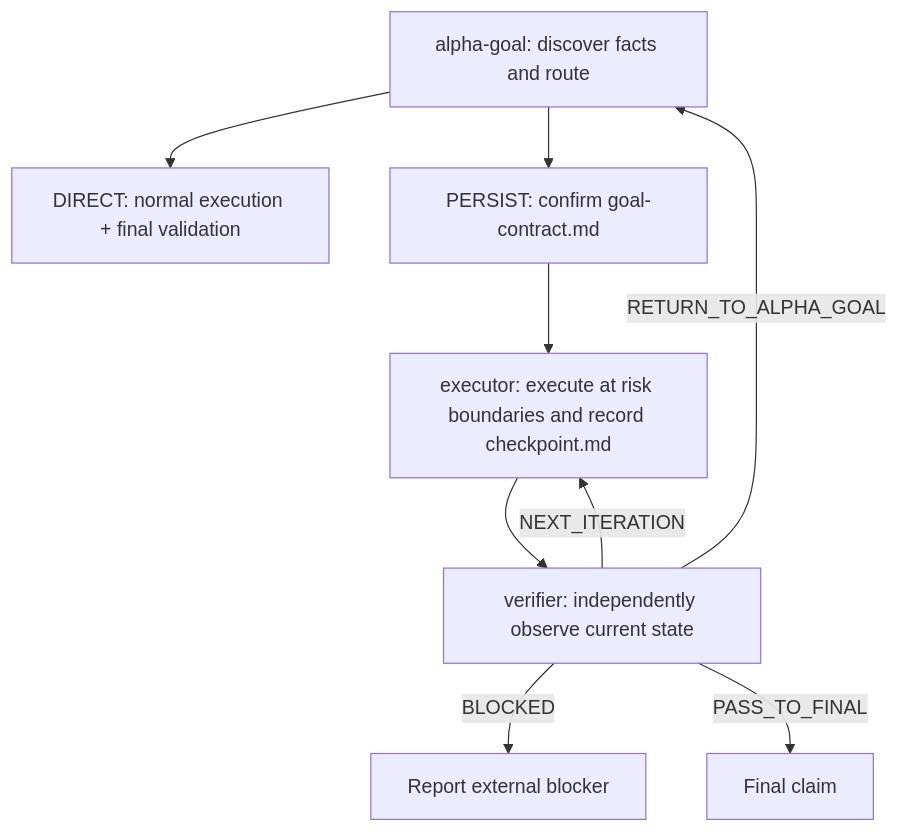
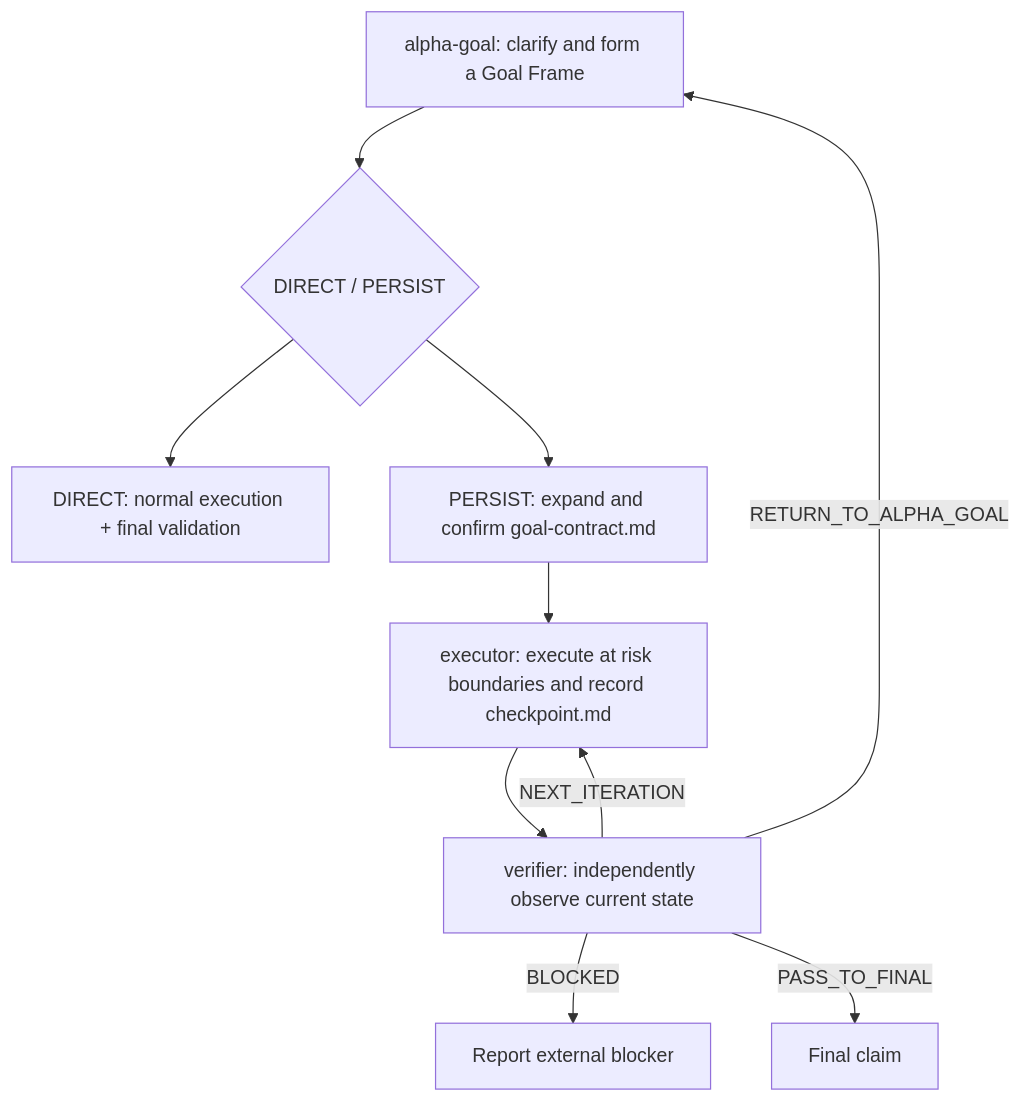
The diagram in README.en.md (azhonglee/alpha-goal), drawn with Mermaid before and after one commit. The commit also changed other lines of this file and 7 other files, not shown here.

Commit message:
Restore goal framing as alpha-goal core

````diff
--- a/README.en.md
+++ b/README.en.md
@@ -9,11 +9,12 @@
 ```mermaid
 flowchart TD
-  A["alpha-goal: discover facts and route"] --> D["DIRECT: normal execution + final validation"]
-  A --> P["PERSIST: confirm goal-contract.md"]
+  A["alpha-goal: clarify and form a Goal Frame"] --> R{"DIRECT / PERSIST"}
+  R --> D["DIRECT: normal execution + final validation"]
+  R --> P["PERSIST: expand and confirm goal-contract.md"]
   P --> E["executor: execute at risk boundaries and record checkpoint.md"]
   E --> V["verifier: independently observe current state"]
   V -->|"NEXT_ITERATION"| E
   V -->|"RETURN_TO_ALPHA_GOAL"| A
   V -->|"BLOCKED"| B["Report external blocker"]
   V -->|"PASS_TO_FINAL"| F["Final claim"]
 ```
````
